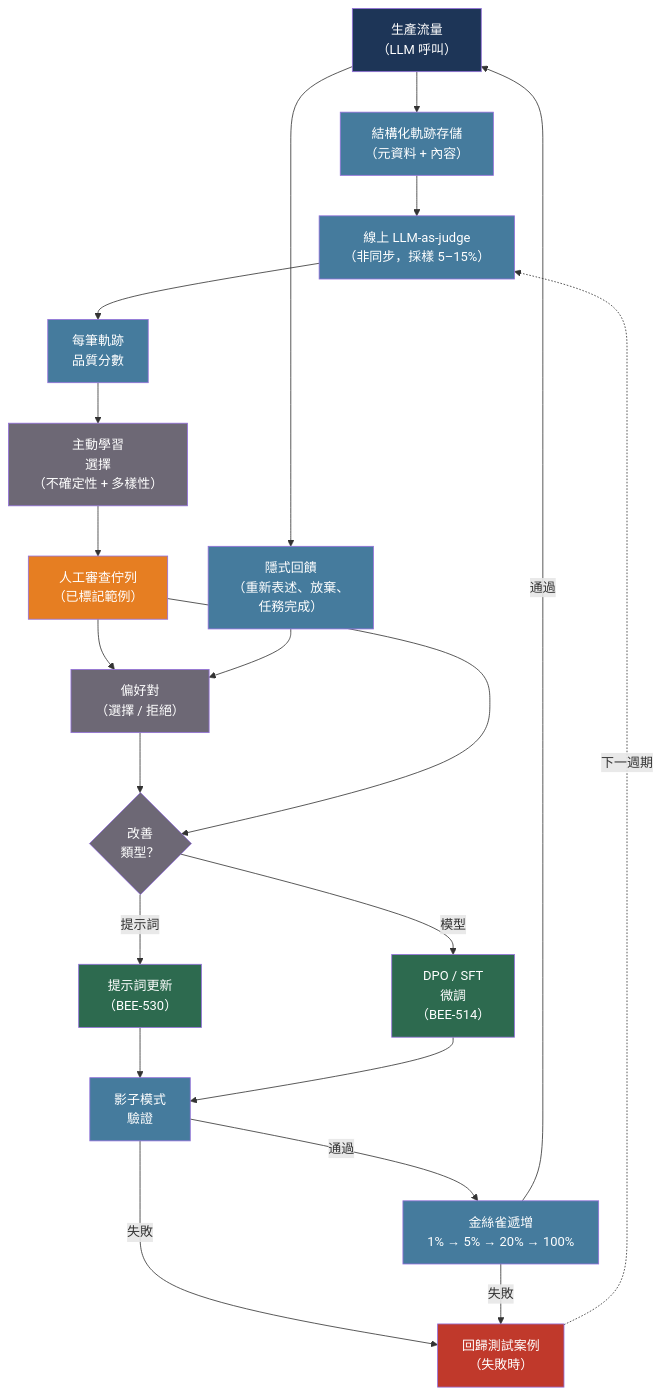
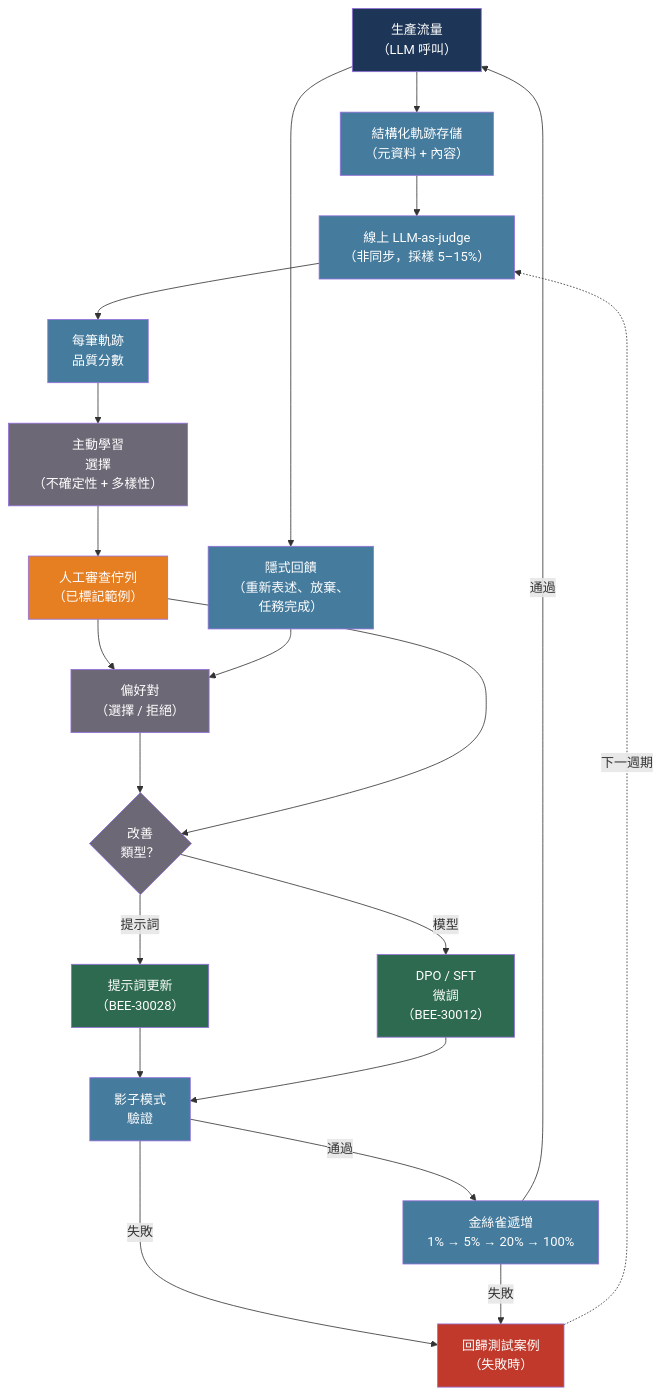
One commit to alivedise/backend-engineering-essentials changed the diagram in docs/zh-tw/ai-backend-patterns/llm-data-flywheel-and-continuous-improvement.md. Above: the diagram before and after it, drawn with Mermaid. The commit also changed other lines of this file and 606 other files, not shown here.

````diff
--- a/docs/zh-tw/ai-backend-patterns/llm-data-flywheel-and-continuous-improvement.md
+++ b/docs/zh-tw/ai-backend-patterns/llm-data-flywheel-and-continuous-improvement.md
@@ -362,52 +362,52 @@
 ```mermaid
 flowchart TD
     Production["生產流量\n（LLM 呼叫）"]
     Trace["結構化軌跡存儲\n（元資料 + 內容）"]
     OnlineEval["線上 LLM-as-judge\n（非同步，採樣 5–15%）"]
     Scores["每筆軌跡\n品質分數"]
     ActiveLearn["主動學習\n選擇\n（不確定性 + 多樣性）"]
     HumanReview["人工審查佇列\n（已標記範例）"]
     ImplicitFB["隱式回饋\n（重新表述、放棄、\n任務完成）"]
     PrefPairs["偏好對\n（選擇 / 拒絕）"]
     Improve{"改善\n類型？"}
-    PromptUpdate["提示詞更新\n（BEE-530）"]
-    DPOTrain["DPO / SFT\n微調\n（BEE-514）"]
+    PromptUpdate["提示詞更新\n（BEE-30028）"]
+    DPOTrain["DPO / SFT\n微調\n（BEE-30012）"]
     Shadow["影子模式\n驗證"]
     Canary["金絲雀遞增\n1% → 5% → 20% → 100%"]
     RegressionTest["回歸測試案例\n（失敗時）"]
 
     Production --> Trace
     Production --> ImplicitFB
     Trace --> OnlineEval
     OnlineEval --> Scores
     Scores --> ActiveLearn
     ActiveLearn --> HumanReview
     HumanReview --> PrefPairs
     ImplicitFB --> PrefPairs
     PrefPairs --> Improve
     HumanReview --> Improve
     Improve -->|提示詞| PromptUpdate
     Improve -->|模型| DPOTrain
     PromptUpdate --> Shadow
     DPOTrain --> Shadow
     Shadow -->|通過| Canary
     Shadow -->|失敗| RegressionTest
     Canary -->|通過| Production
     Canary -->|失敗| RegressionTest
     RegressionTest -.->|下一週期| OnlineEval
 
     style Production fill:#1d3557,color:#fff
     style Trace fill:#457b9d,color:#fff
     style OnlineEval fill:#457b9d,color:#fff
     style Scores fill:#457b9d,color:#fff
     style ActiveLearn fill:#6d6875,color:#fff
     style HumanReview fill:#e67e22,color:#fff
     style ImplicitFB fill:#457b9d,color:#fff
     style PrefPairs fill:#6d6875,color:#fff
     style Improve fill:#6d6875,color:#fff
     style PromptUpdate fill:#2d6a4f,color:#fff
     style DPOTrain fill:#2d6a4f,color:#fff
     style Shadow fill:#457b9d,color:#fff
     style Canary fill:#457b9d,color:#fff
     style RegressionTest fill:#c0392b,color:#fff
 ```
````
